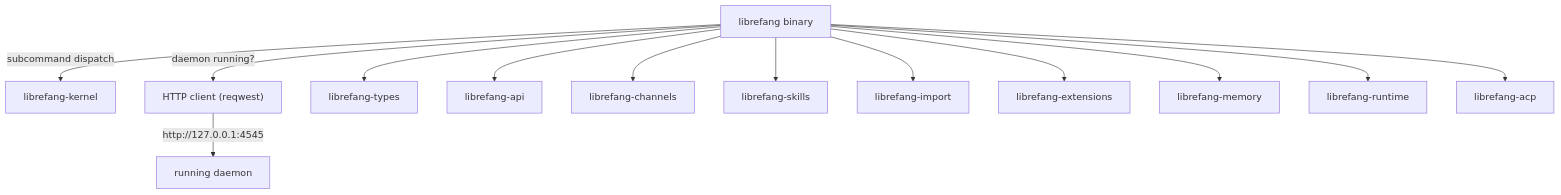
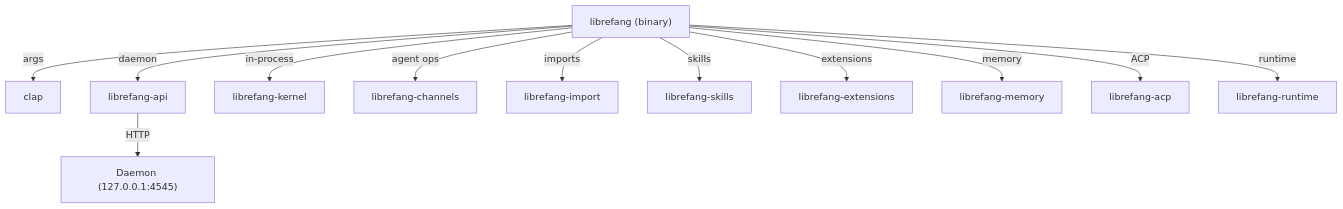
The diagram in other-librefang-cli.md (leszek3737/librefang-WIki), drawn with Mermaid before and after one commit. The commit also changed other lines of this file and 122 other files, not shown here.

````diff
--- a/other-librefang-cli.md
+++ b/other-librefang-cli.md
@@ -12,15 +18,15 @@
 ```mermaid
 graph TD
-    CLI["librefang binary"] -->|"subcommand dispatch"| Kernel["librefang-kernel"]
-    CLI -->|"daemon running?"| HTTP["HTTP client (reqwest)"]
-    HTTP -->|"http://127.0.0.1:4545"| Daemon["running daemon"]
-    CLI --> Types["librefang-types"]
-    CLI --> API["librefang-api"]
-    CLI --> Channels["librefang-channels"]
-    CLI --> Skills["librefang-skills"]
-    CLI --> Import["librefang-import"]
-    CLI --> Extensions["librefang-extensions"]
-    CLI --> Memory["librefang-memory"]
-    CLI --> Runtime["librefang-runtime"]
-    CLI --> ACP["librefang-acp"]
+    CLI["librefang (binary)"]
+    CLI -->|args| CLAP["clap"]
+    CLI -->|daemon| API["librefang-api"]
+    CLI -->|in-process| KERNEL["librefang-kernel"]
+    CLI -->|agent ops| CHANNELS["librefang-channels"]
+    CLI -->|imports| IMPORT["librefang-import"]
+    CLI -->|skills| SKILLS["librefang-skills"]
+    CLI -->|extensions| EXT["librefang-extensions"]
+    CLI -->|memory| MEMORY["librefang-memory"]
+    CLI -->|ACP| ACP["librefang-acp"]
+    CLI -->|runtime| RT["librefang-runtime"]
+    API -->|HTTP| REMOTE["Daemon (127.0.0.1:4545)"]
 ```
````
